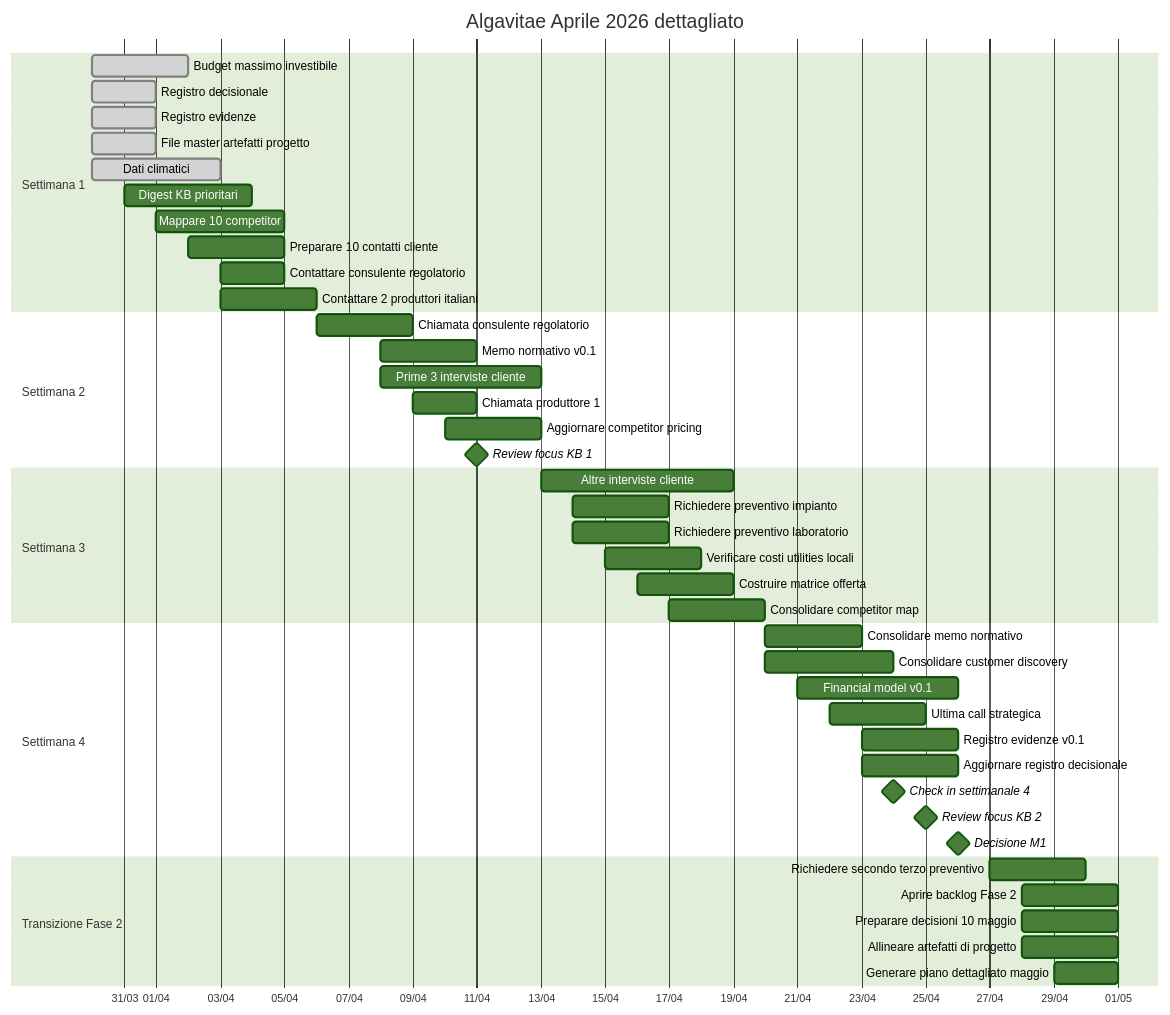
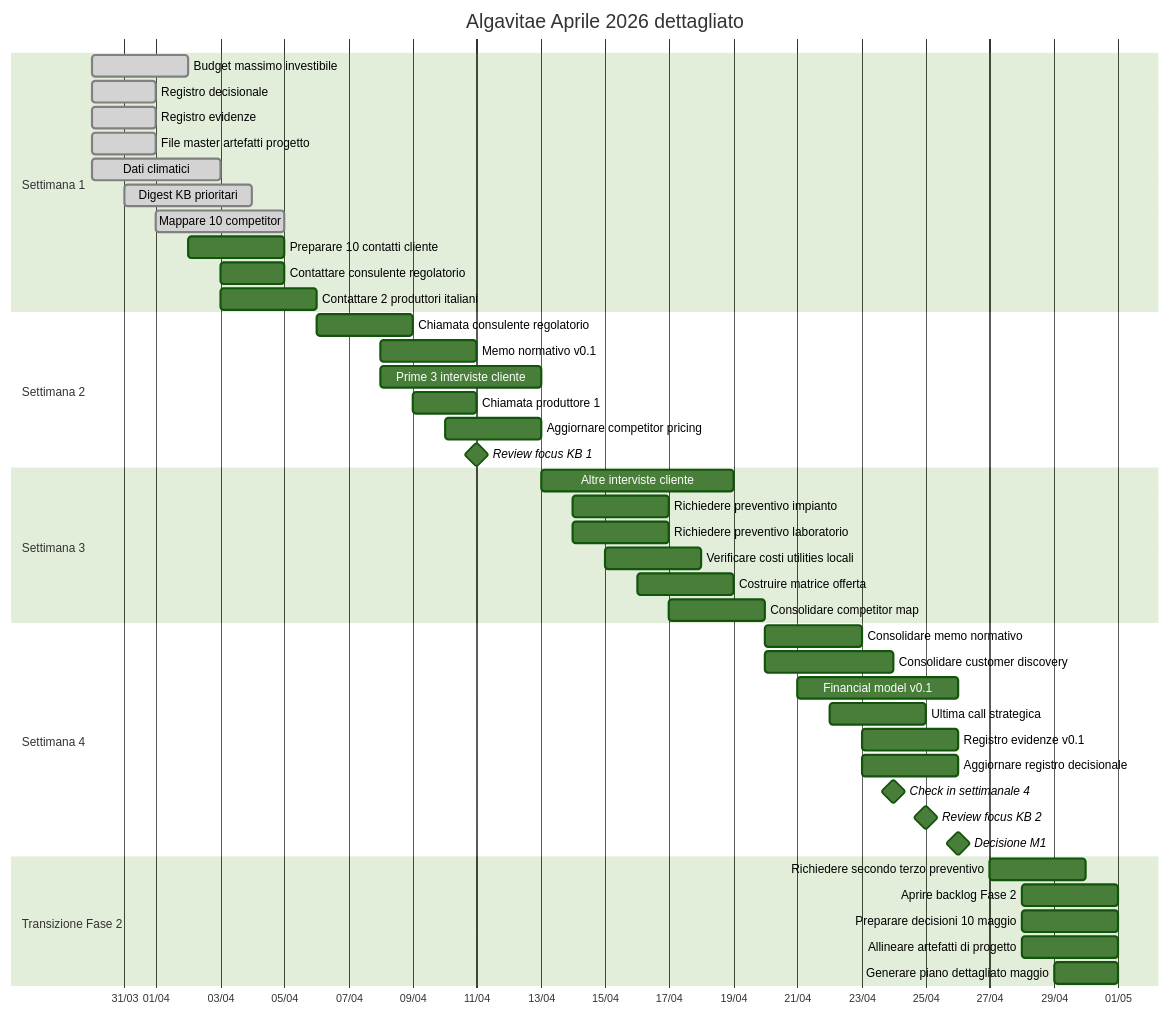
Before and after one commit to Jonbj/spiru-ops: the diagram in obsidian-vault/progetto/gantt-piano-operativo-algavitae-aprile.md, drawn with Mermaid (forest theme). The commit also changed other lines of this file and 73 other files, not shown here.

````diff
--- a/obsidian-vault/progetto/gantt-piano-operativo-algavitae-aprile.md
+++ b/obsidian-vault/progetto/gantt-piano-operativo-algavitae-aprile.md
@@ -3,52 +3,52 @@
 ```mermaid
 gantt
     title Algavitae Aprile 2026 dettagliato
     dateFormat  YYYY-MM-DD
     axisFormat  %d/%m
 
     section Settimana 1
     Budget massimo investibile         :done, a1, 2026-03-30, 3d
     Registro decisionale               :done, a2, 2026-03-30, 2d
     Registro evidenze                  :done, a3, 2026-03-30, 2d
     File master artefatti progetto     :done, a3b, 2026-03-30, 2d
     Dati climatici                     :done, a4, 2026-03-30, 4d
-    Digest KB prioritari               :a5, 2026-03-31, 4d
-    Mappare 10 competitor              :a6, 2026-04-01, 4d
+    Digest KB prioritari               :done, a5, 2026-03-31, 4d
+    Mappare 10 competitor              :done, a6, 2026-04-01, 4d
     Preparare 10 contatti cliente      :a7, 2026-04-02, 3d
     Contattare consulente regolatorio  :a8, 2026-04-03, 2d
     Contattare 2 produttori italiani   :a9, 2026-04-03, 3d
 
     section Settimana 2
     Chiamata consulente regolatorio    :b1, 2026-04-06, 3d
     Memo normativo v0.1                :b2, 2026-04-08, 3d
     Prime 3 interviste cliente         :b3, 2026-04-08, 5d
     Chiamata produttore 1              :b4, 2026-04-09, 2d
     Aggiornare competitor pricing      :b5, 2026-04-10, 3d
     Review focus KB 1                  :milestone, b6, 2026-04-11, 0d
 
     section Settimana 3
     Altre interviste cliente           :c1, 2026-04-13, 6d
     Richiedere preventivo impianto     :c2, 2026-04-14, 3d
     Richiedere preventivo laboratorio  :c3, 2026-04-14, 3d
     Verificare costi utilities locali  :c4, 2026-04-15, 3d
     Costruire matrice offerta          :c5, 2026-04-16, 3d
     Consolidare competitor map         :c6, 2026-04-17, 3d
 
     section Settimana 4
     Consolidare memo normativo         :d1, 2026-04-20, 3d
     Consolidare customer discovery     :d2, 2026-04-20, 4d
     Financial model v0.1               :d3, 2026-04-21, 5d
     Ultima call strategica             :d4, 2026-04-22, 3d
     Registro evidenze v0.1             :d5, 2026-04-23, 3d
     Aggiornare registro decisionale    :d5b, 2026-04-23, 3d
     Check in settimanale 4             :milestone, d6, 2026-04-24, 0d
     Review focus KB 2                  :milestone, d7, 2026-04-25, 0d
     Decisione M1                       :milestone, d8, 2026-04-26, 0d
 
     section Transizione Fase 2
     Richiedere secondo terzo preventivo :e1, 2026-04-27, 3d
     Aprire backlog Fase 2               :e2, 2026-04-28, 3d
     Preparare decisioni 10 maggio       :e3, 2026-04-28, 3d
     Allineare artefatti di progetto     :e4, 2026-04-28, 3d
     Generare piano dettagliato maggio   :e5, 2026-04-29, 2d
 ```
````
